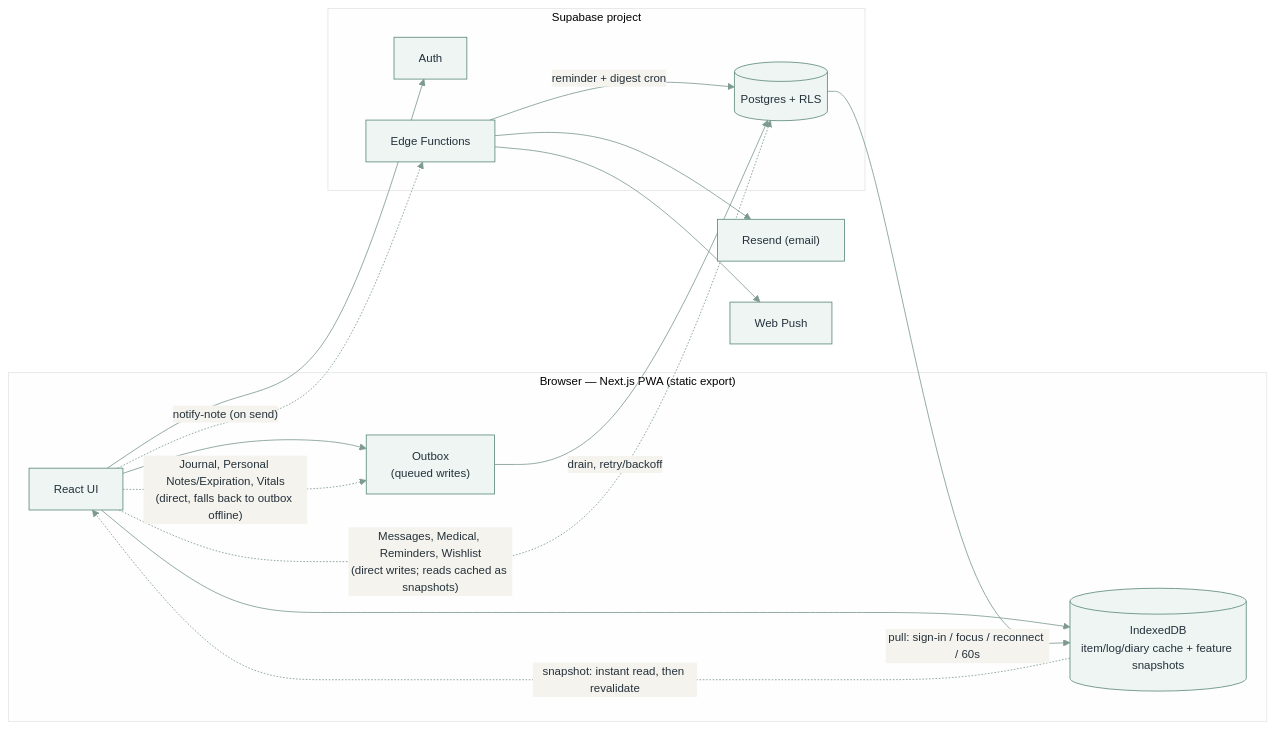
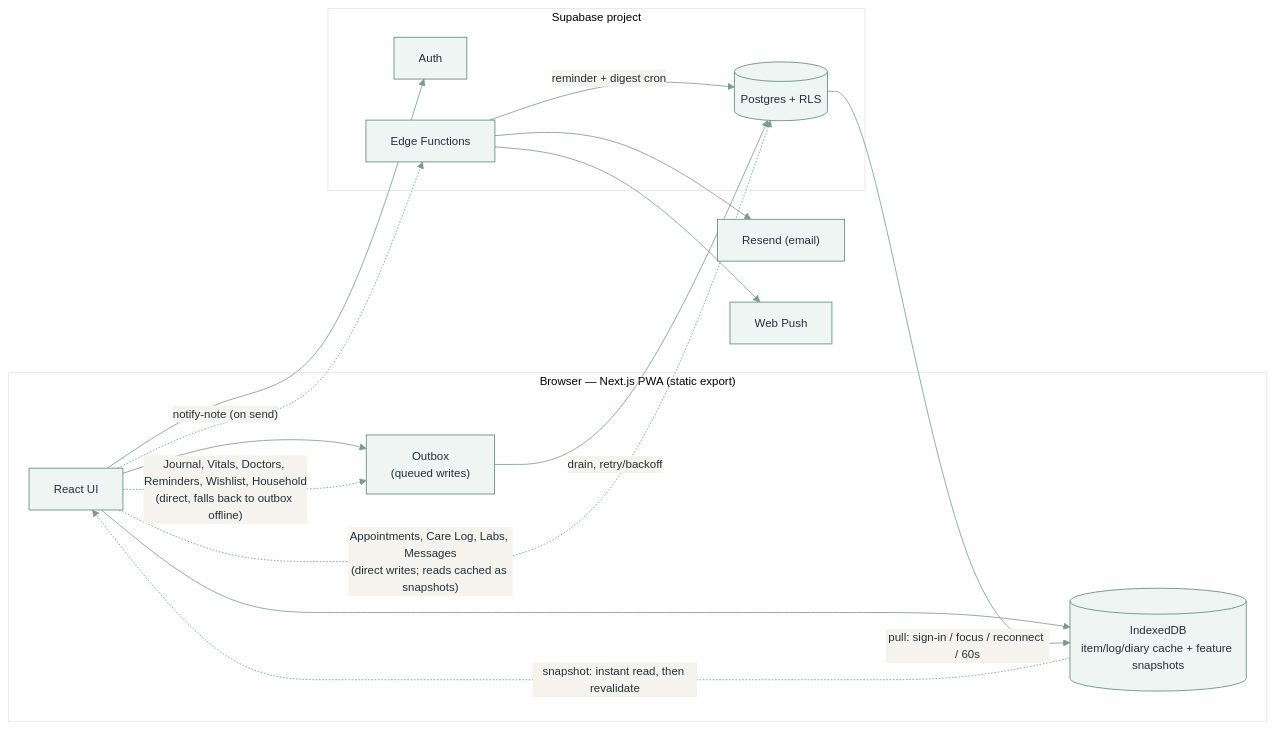
One commit to xxvazquez/health-management changed the diagram in README.md. Above: the diagram before and after it, drawn with Mermaid. The commit also changed other lines of this file and 3 other files, not shown here.

First line of the commit message:
Offline writes for household notes, reminders, expiry and codes

````diff
--- a/README.md
+++ b/README.md
@@ -110,30 +110,30 @@
 ```mermaid
 %%{init: {"theme": "base", "themeVariables": {
   "primaryColor": "#eef5f3", "primaryBorderColor": "#5c8a7a",
   "primaryTextColor": "#24313a", "lineColor": "#7d9a90",
   "fontFamily": "Inter, -apple-system, sans-serif", "fontSize": "14px"
 }}}%%
 flowchart LR
     subgraph browser["Browser — Next.js PWA (static export)"]
         ui["React UI"]
         idb[("IndexedDB<br/>item/log/diary cache + feature snapshots")]
         outbox["Outbox<br/>(queued writes)"]
         ui --> idb
         ui --> outbox
     end
     subgraph supa["Supabase project"]
         pg[("Postgres + RLS")]
         auth["Auth"]
         ef["Edge Functions"]
     end
     outbox -->|"drain, retry/backoff"| pg
     pg -->|"pull: sign-in / focus / reconnect / 60s"| idb
     ui --> auth
-    ui -.->|"Messages, Medical, Reminders, Wishlist<br/>(direct writes; reads cached as snapshots)"| pg
-    ui -.->|"Journal, Personal Notes/Expiration, Vitals<br/>(direct, falls back to outbox offline)"| outbox
+    ui -.->|"Appointments, Care Log, Labs, Messages<br/>(direct writes; reads cached as snapshots)"| pg
+    ui -.->|"Journal, Vitals, Doctors, Reminders, Wishlist, Household<br/>(direct, falls back to outbox offline)"| outbox
     idb -.->|"snapshot: instant read, then revalidate"| ui
     ui -.->|"notify-note (on send)"| ef
     ef -->|"reminder + digest cron"| pg
     ef --> resend["Resend (email)"]
     ef --> push["Web Push"]
 ```
````
